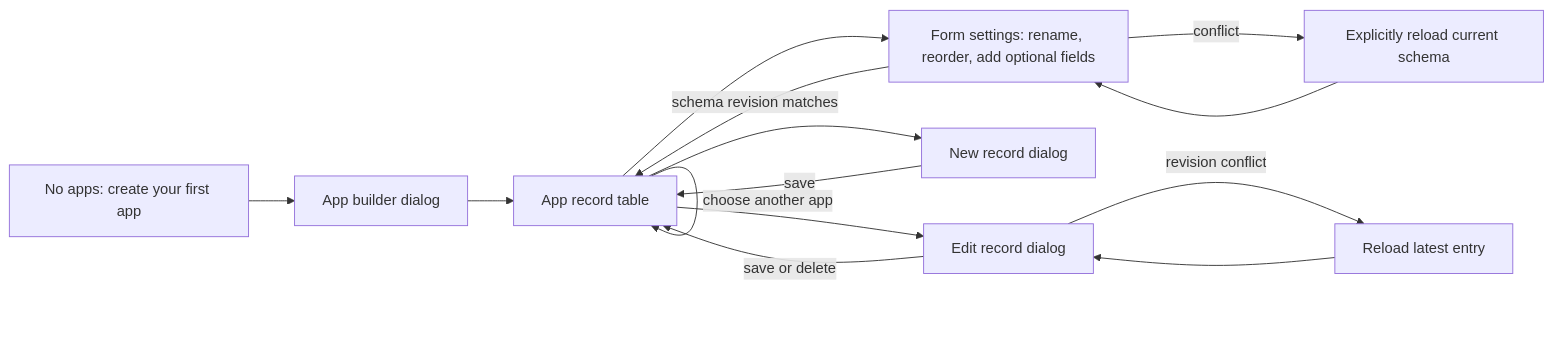
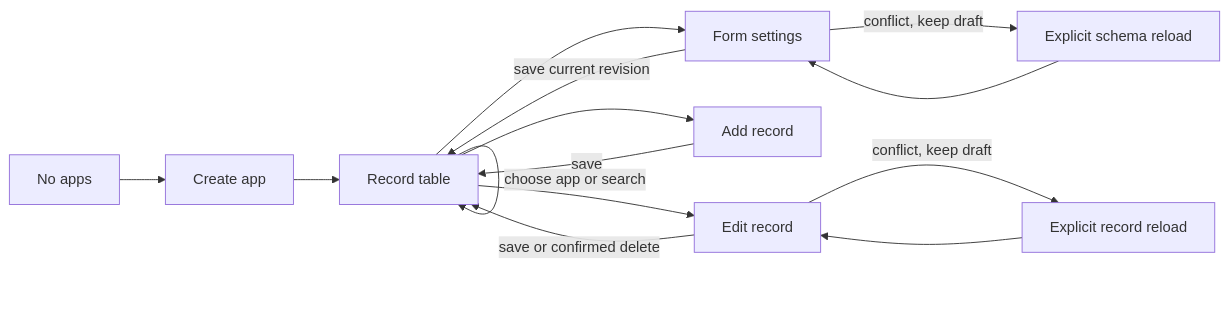
Before and after one commit to haranishi/business-apps-rs: the diagram in docs/ui.md, drawn with Mermaid. The commit also changed other lines of this file and 14 other files, not shown here.

````diff
--- a/docs/ui.md
+++ b/docs/ui.md
@@ -27,16 +51,16 @@
 ```mermaid
 flowchart LR
-  Empty[No apps: create your first app] --> Builder[App builder dialog]
-  Builder --> Table[App record table]
-  Table --> Settings[Form settings: rename, reorder, add optional fields]
-  Settings -->|schema revision matches| Table
-  Settings -->|conflict| SchemaReload[Explicitly reload current schema]
+  Empty[No apps] --> Builder[Create app]
+  Builder --> Table[Record table]
+  Table --> Settings[Form settings]
+  Settings -->|save current revision| Table
+  Settings -->|conflict, keep draft| SchemaReload[Explicit schema reload]
   SchemaReload --> Settings
-  Table --> New[New record dialog]
-  Table --> Edit[Edit record dialog]
+  Table --> New[Add record]
+  Table --> Edit[Edit record]
   New -->|save| Table
-  Edit -->|save or delete| Table
-  Edit -->|revision conflict| Reload[Reload latest entry]
+  Edit -->|save or confirmed delete| Table
+  Edit -->|conflict, keep draft| Reload[Explicit record reload]
   Reload --> Edit
-  Table -->|choose another app| Table
+  Table -->|choose app or search| Table
 ```
````
